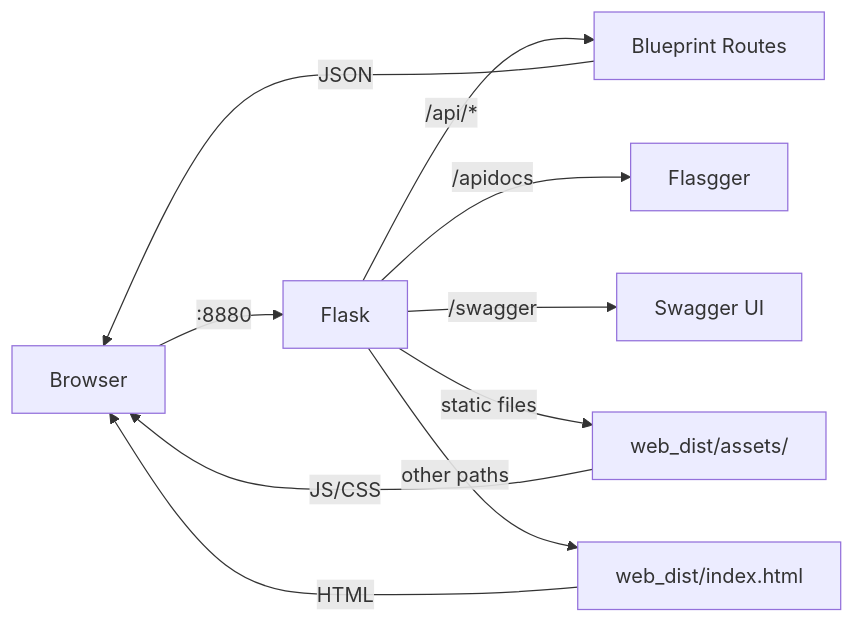
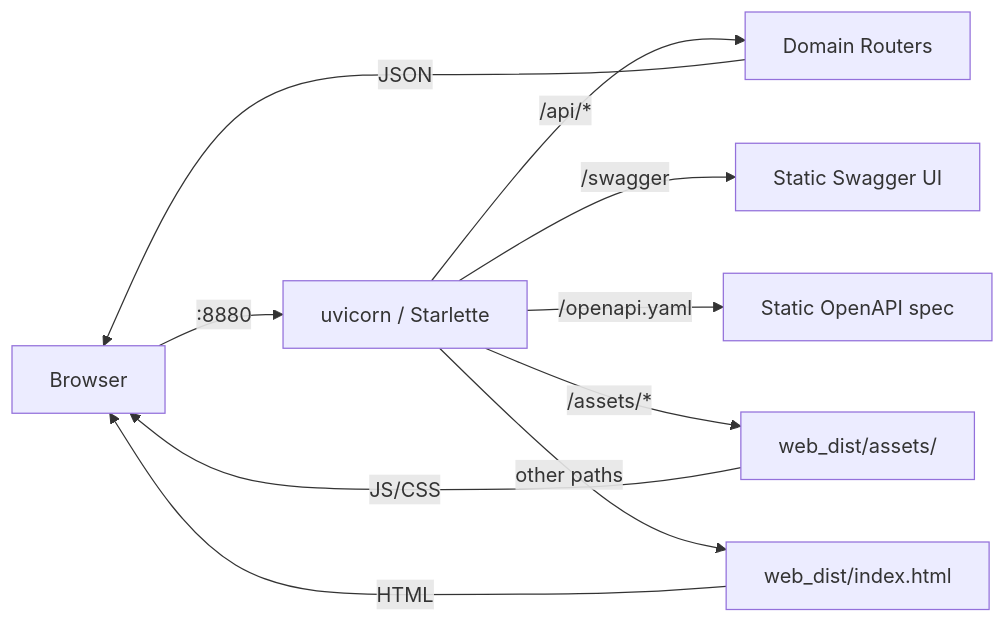
The second of 5 diagrams in docs/architecture.md (atlas-crew/Chimera), drawn with Mermaid before and after one commit. The commit also changed other lines of this file and 11 other files, not shown here.

Commit message:
docs: update doc set for Starlette/uvicorn cutover

````diff
--- a/docs/architecture.md
+++ b/docs/architecture.md
@@ -39,12 +40,12 @@
 ```mermaid
 flowchart LR
-    Browser -->|:8880| Flask[Flask]
-    Flask -->|/api/*| API[Blueprint Routes]
-    Flask -->|/apidocs| Swagger[Flasgger]
-    Flask -->|/swagger| SwaggerUI[Swagger UI]
-    Flask -->|static files| Assets[web_dist/assets/]
-    Flask -->|other paths| Index[web_dist/index.html]
-    API -->|JSON| Browser
+    Browser -->|:8880| API[uvicorn / Starlette]
+    API -->|/api/*| Routers[Domain Routers]
+    API -->|/swagger| SwaggerUI[Static Swagger UI]
+    API -->|/openapi.yaml| Spec[Static OpenAPI spec]
+    API -->|/assets/*| Assets[web_dist/assets/]
+    API -->|other paths| Index[web_dist/index.html]
+    Routers -->|JSON| Browser
     Assets -->|JS/CSS| Browser
     Index -->|HTML| Browser
 ```
````
